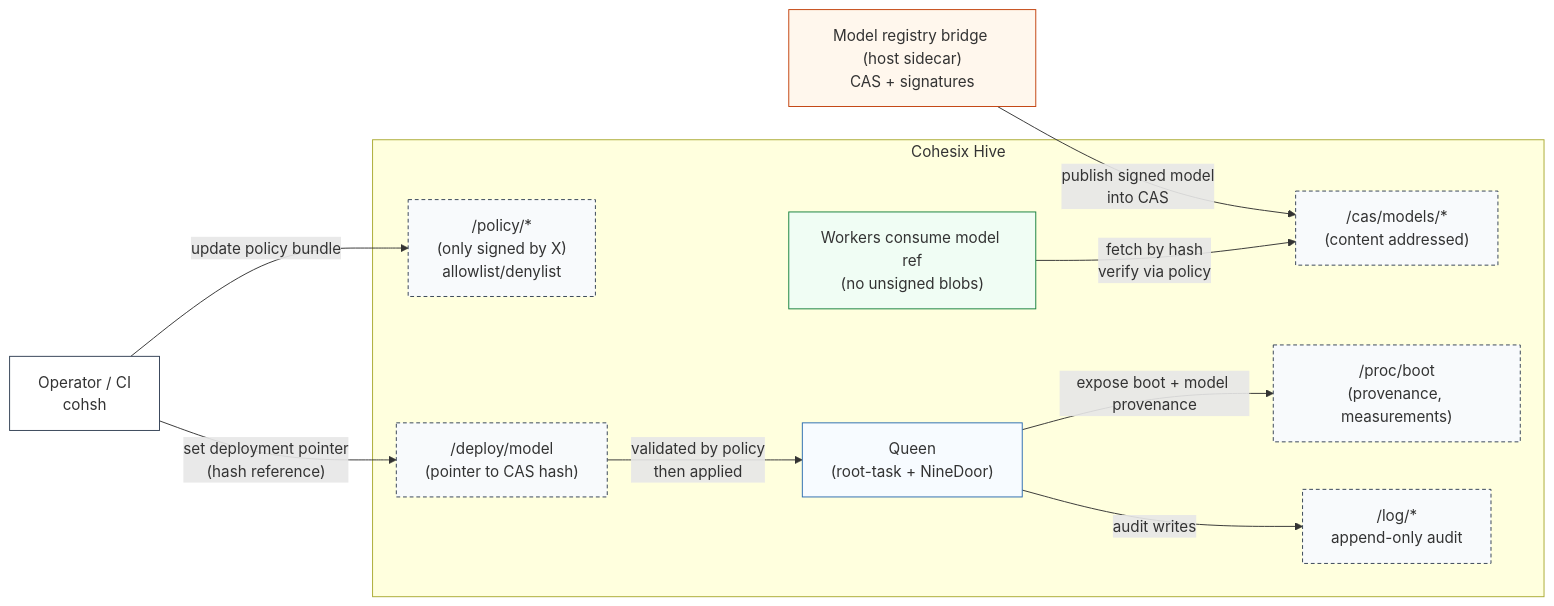
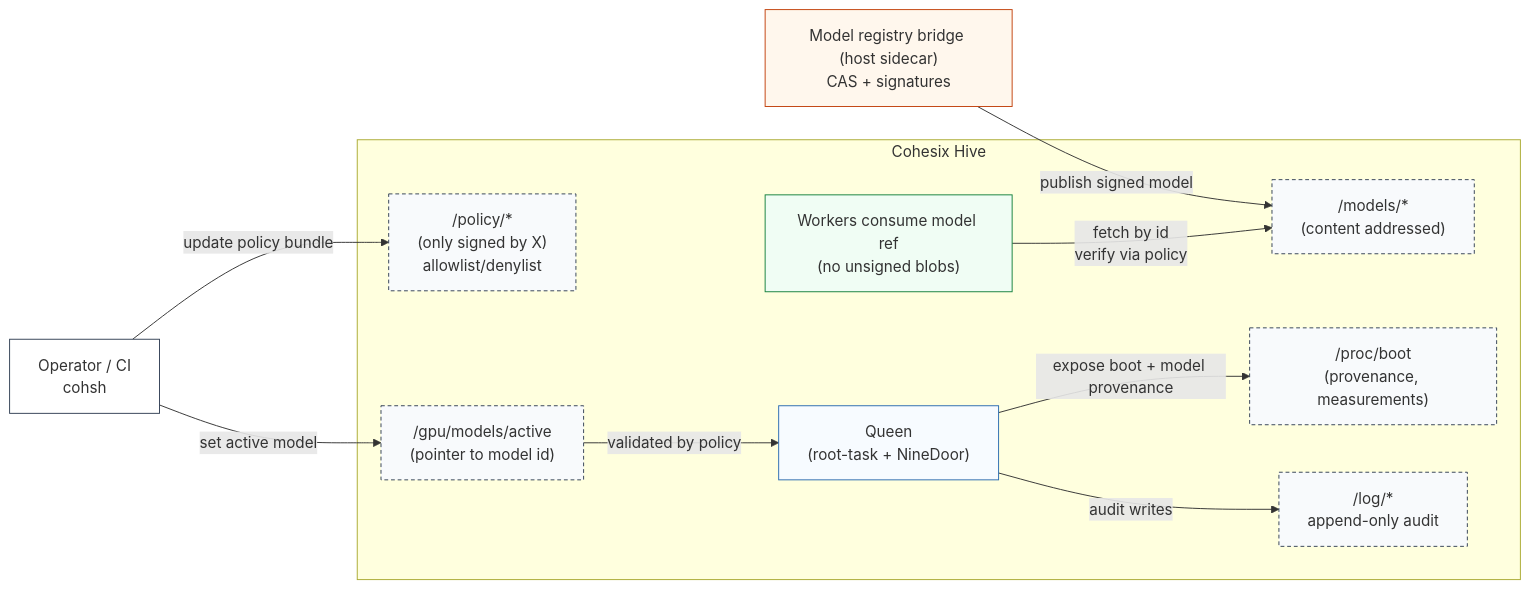
One commit to lukeb-aidev/cohesix changed the fifth of 5 diagrams in docs/USE_CASES.md. Above: the diagram before and after it, drawn with Mermaid. The commit also changed other lines of this file, not shown here.

````diff
--- a/docs/USE_CASES.md
+++ b/docs/USE_CASES.md
@@ -369,29 +400,29 @@
 ```mermaid
 flowchart LR
   REG["Model registry bridge (host sidecar)<br/>CAS + signatures"]:::sidecar
   subgraph HIVE["Cohesix Hive"]
     Q["Queen<br/>(root-task + NineDoor)"]:::queen
     POL["/policy/*<br/>(only signed by X)<br/>allowlist/denylist"]:::path
-    CAS["/cas/models/*<br/>(content addressed)"]:::path
-    DEP["/deploy/model<br/>(pointer to CAS hash)"]:::path
+    MODELS["/models/*<br/>(content addressed)"]:::path
+    DEP["/gpu/models/active<br/>(pointer to model id)"]:::path
     BOOT["/proc/boot<br/>(provenance, measurements)"]:::path
     LOG["/log/*<br/>append-only audit"]:::path
     W["Workers consume model ref<br/>(no unsigned blobs)"]:::worker
   end
 
   OPS["Operator / CI<br/>cohsh"]:::ext
 
-  REG -->|"publish signed model<br/>into CAS"| CAS
+  REG -->|"publish signed model"| MODELS
   OPS -->|"update policy bundle"| POL
-  OPS -->|"set deployment pointer<br/>(hash reference)"| DEP
-  DEP -->|"validated by policy<br/>then applied"| Q
+  OPS -->|"set active model"| DEP
+  DEP -->|"validated by policy"| Q
   Q -->|"audit writes"| LOG
   Q -->|"expose boot + model provenance"| BOOT
-  W -->|"fetch by hash<br/>verify via policy"| CAS
+  W -->|"fetch by id<br/>verify via policy"| MODELS
 
   classDef queen fill:#f7fbff,stroke:#2b6cb0,stroke-width:1px;
   classDef worker fill:#f0fdf4,stroke:#15803d,stroke-width:1px;
   classDef sidecar fill:#fff7ed,stroke:#c2410c,stroke-width:1px;
   classDef path fill:#f8fafc,stroke:#334155,stroke-dasharray: 4 3;
   classDef ext fill:#ffffff,stroke:#334155,stroke-width:1px;
 ```
````
